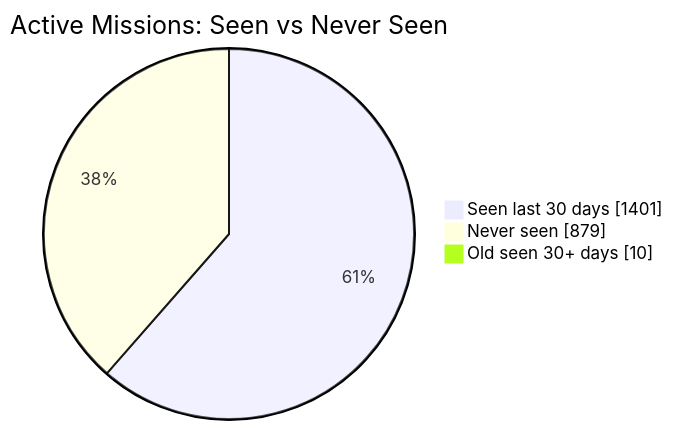
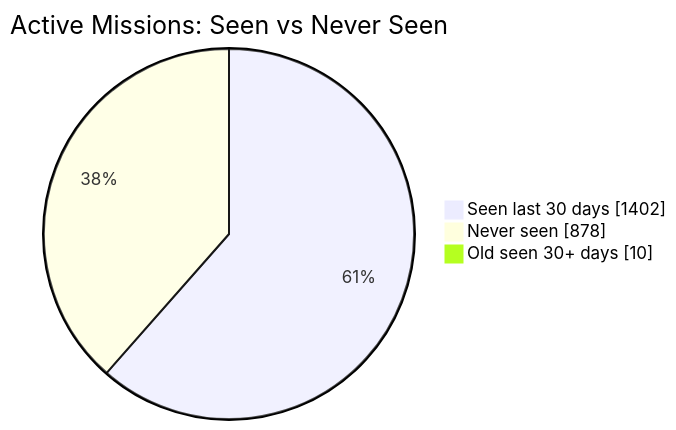
The first of 2 diagrams in README.md (MeldkamerspelGameTeam/active-missions), drawn with Mermaid before and after one commit. The commit also changed other lines of this file and 3 other files, not shown here.

````diff
--- a/README.md
+++ b/README.md
@@ -34,7 +34,7 @@
 ```mermaid
 pie showData
     title Active Missions: Seen vs Never Seen
-    "Seen last 30 days" : 1401
-    "Never seen" : 879
+    "Seen last 30 days" : 1402
+    "Never seen" : 878
     "Old seen 30+ days" : 10
 ```
````
